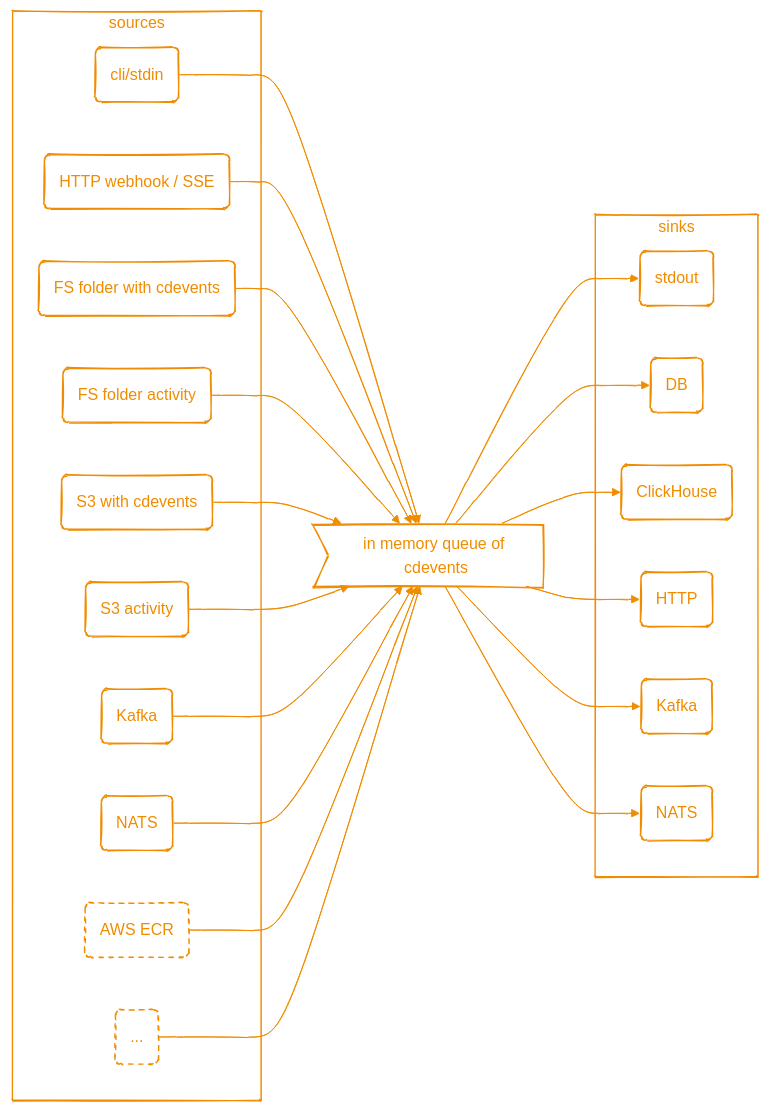
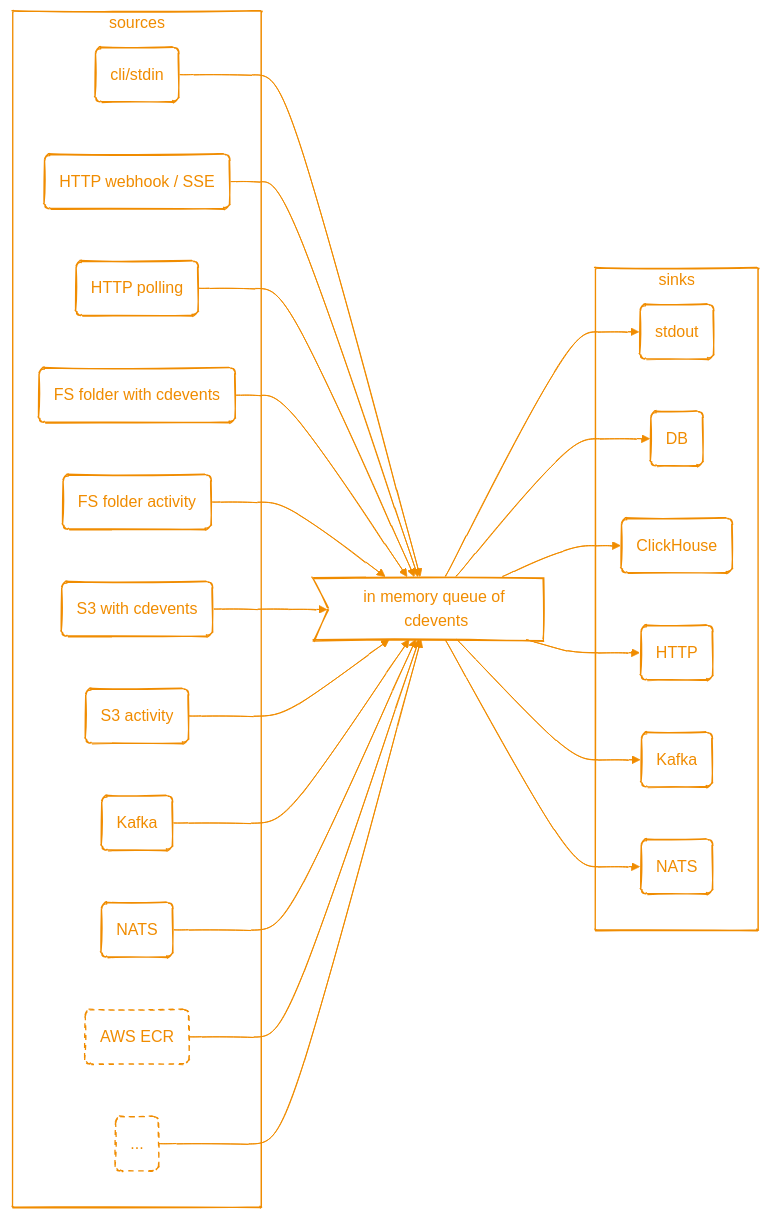
One commit to cdviz-dev/cdviz-collector changed the diagram in README.md. Above: the diagram before and after it, drawn with Mermaid. The commit also changed other lines of this file, not shown here.

````diff
--- a/README.md
+++ b/README.md
@@ -49,64 +63,66 @@
 ```mermaid
 ---
 config:
   theme: 'base'
   look: 'handDrawn'
   themeVariables:
     darkMode: true
     mainBkg: '#00000000'
     background: '#00000000'
     primaryColor: '#00000000'
     primaryTextColor: '#f08c00'
     secondaryTextColor: '#f08c00'
     tertiaryTextColor: '#f08c00'
     primaryBorderColor: '#f08c00'
     secondaryBorderColor: '#f08c00'
     tertiaryBorderColor: '#f08c00'
     noteTextColor: '#f08c00'
     noteBorderColor: '#f08c00'
     lineColor: '#f08c00'
     lineWidth: 2
 ---
 flowchart LR
   classDef future stroke-dasharray: 5 5
 
   q>in memory queue of cdevents]
 
   subgraph sources
     src_cli(cli/stdin)
     src_http(HTTP webhook / SSE)
+    src_http_poll(HTTP polling)
     src_fs_content(FS folder with cdevents)
     src_fs_activity(FS folder activity)
     src_s3_content(S3 with cdevents)
     src_s3_activity(S3 activity)
     src_kafka(Kafka)
     src_nats(NATS)
     src_ecr(AWS ECR):::future
     src_misc(...):::future
   end
   src_cli --> q
   src_http --> q
+  src_http_poll --> q
   src_fs_content --> q
   src_fs_activity --> q
   src_s3_content --> q
   src_s3_activity --> q
   src_kafka --> q
   src_nats --> q
   src_ecr --> q
   src_misc --> q
 
   subgraph sinks
     sink_stdout(stdout)
     sink_db(DB)
     sink_clickhouse(ClickHouse)
     sink_http(HTTP)
     sink_kafka(Kafka)
     sink_nats(NATS)
   end
   q --> sink_stdout
   q --> sink_http
   q --> sink_db
   q --> sink_clickhouse
   q --> sink_kafka
   q --> sink_nats
 ```
````
